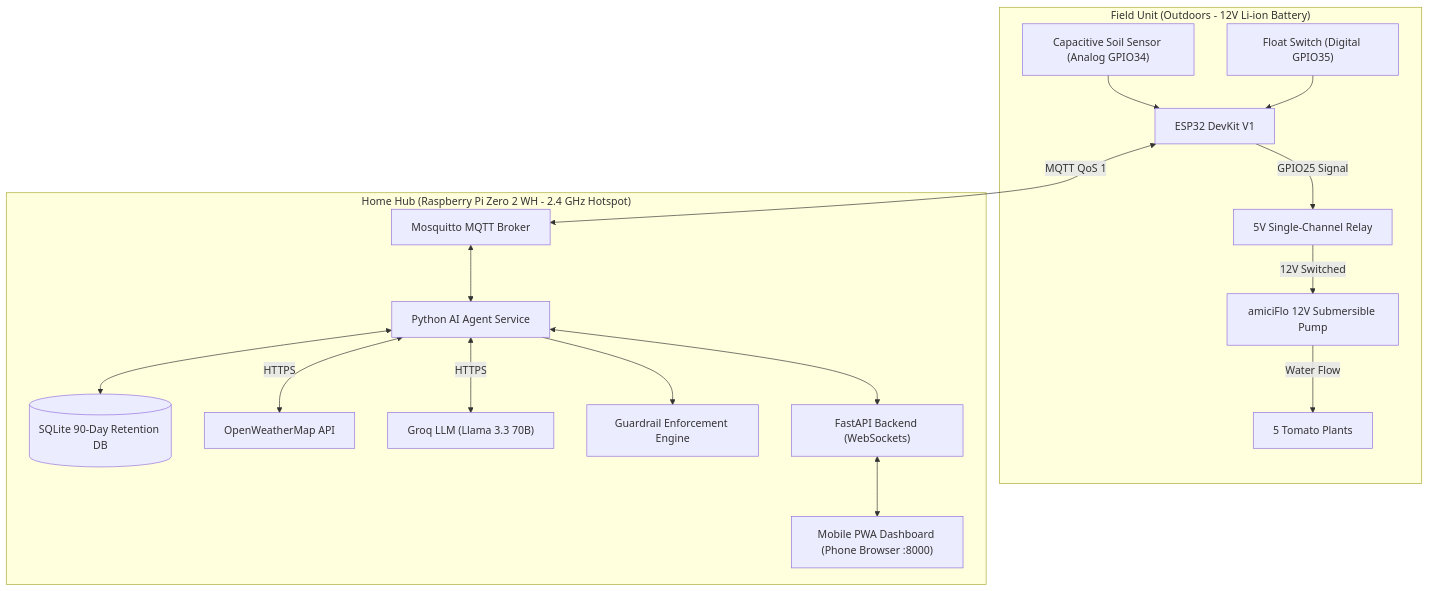
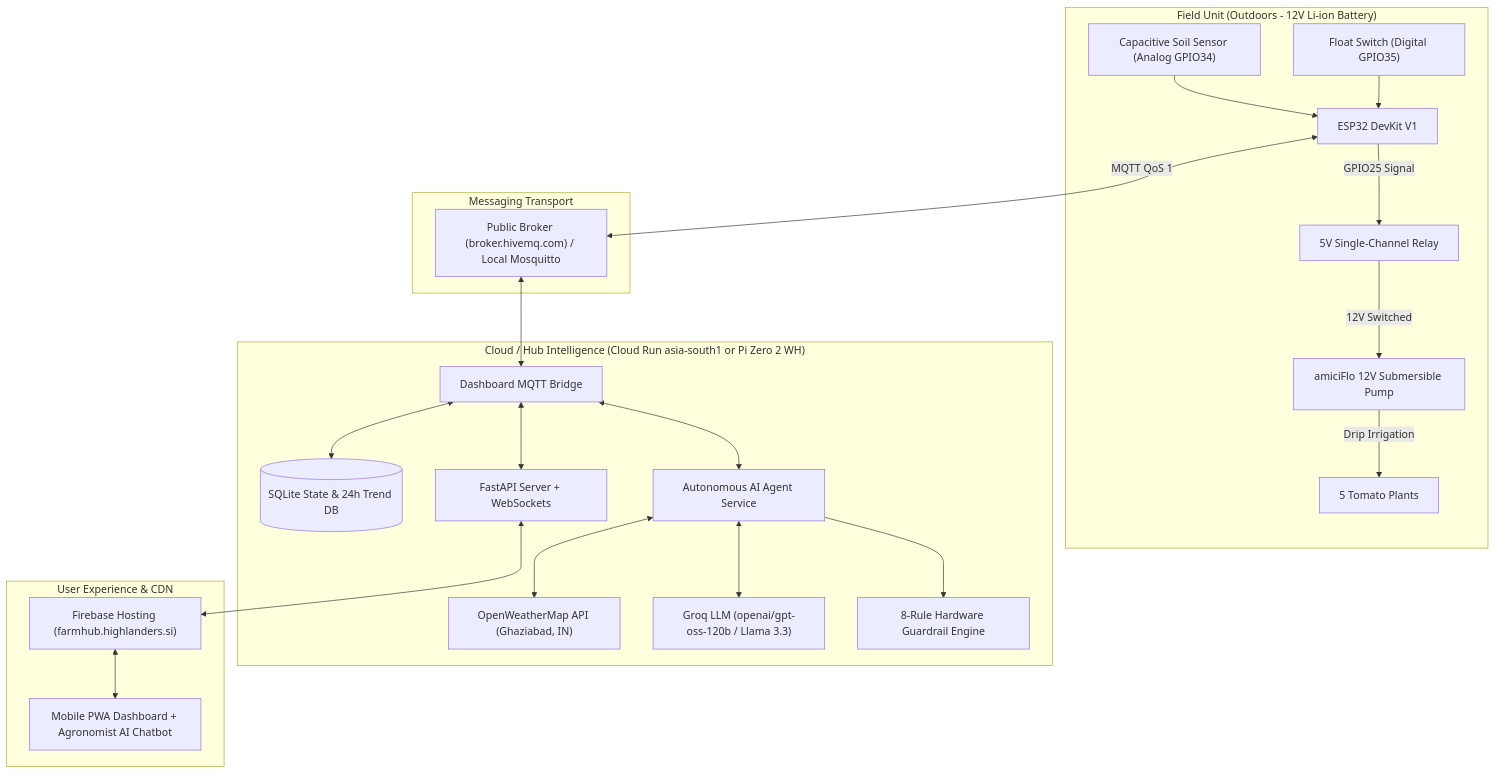
One commit to ajbisht/FarmHub-SI changed the diagram in README.md. Above: the diagram before and after it, drawn with Mermaid. The commit also changed other lines of this file, not shown here.

````diff
--- a/README.md
+++ b/README.md
@@ -26,21 +26,29 @@
 ```mermaid
 graph TD
     subgraph "Field Unit (Outdoors - 12V Li-ion Battery)"
         Soil["Capacitive Soil Sensor (Analog GPIO34)"] --> ESP32["ESP32 DevKit V1"]
         Float["Float Switch (Digital GPIO35)"] --> ESP32
         ESP32 -->|GPIO25 Signal| Relay["5V Single-Channel Relay"]
         Relay -->|12V Switched| Pump["amiciFlo 12V Submersible Pump"]
-        Pump -->|Water Flow| Plants["5 Tomato Plants"]
+        Pump -->|Drip Irrigation| Plants["5 Tomato Plants"]
     end
 
-    subgraph "Home Hub (Raspberry Pi Zero 2 WH - 2.4 GHz Hotspot)"
-        ESP32 <-->|MQTT QoS 1| Mosquitto["Mosquitto MQTT Broker"]
-        Mosquitto <--> Agent["Python AI Agent Service"]
-        Agent <--> SQLite[("SQLite 90-Day Retention DB")]
-        Agent <-->|HTTPS| Weather["OpenWeatherMap API"]
-        Agent <-->|HTTPS| Groq["Groq LLM (Llama 3.3 70B)"]
-        Agent --> Guardrails["Guardrail Enforcement Engine"]
-        Agent <--> WebAPI["FastAPI Backend (WebSockets)"]
-        WebAPI <--> PWA["Mobile PWA Dashboard (Phone Browser :8000)"]
+    subgraph "Messaging Transport"
+        ESP32 <-->|MQTT QoS 1| Broker["Public Broker (broker.hivemq.com) / Local Mosquitto"]
+    end
+
+    subgraph "Cloud / Hub Intelligence (Cloud Run asia-south1 or Pi Zero 2 WH)"
+        Broker <--> Bridge["Dashboard MQTT Bridge"]
+        Bridge <--> DB[("SQLite State & 24h Trend DB")]
+        Bridge <--> Agent["Autonomous AI Agent Service"]
+        Agent <--> Weather["OpenWeatherMap API (Ghaziabad, IN)"]
+        Agent <--> LLM["Groq LLM (openai/gpt-oss-120b / Llama 3.3)"]
+        Agent --> Guardrails["8-Rule Hardware Guardrail Engine"]
+        Bridge <--> FastAPI["FastAPI Server + WebSockets"]
+    end
+
+    subgraph "User Experience & CDN"
+        FastAPI <--> Firebase["Firebase Hosting (farmhub.highlanders.si)"]
+        Firebase <--> PWA["Mobile PWA Dashboard + Agronomist AI Chatbot"]
     end
 ```
````
